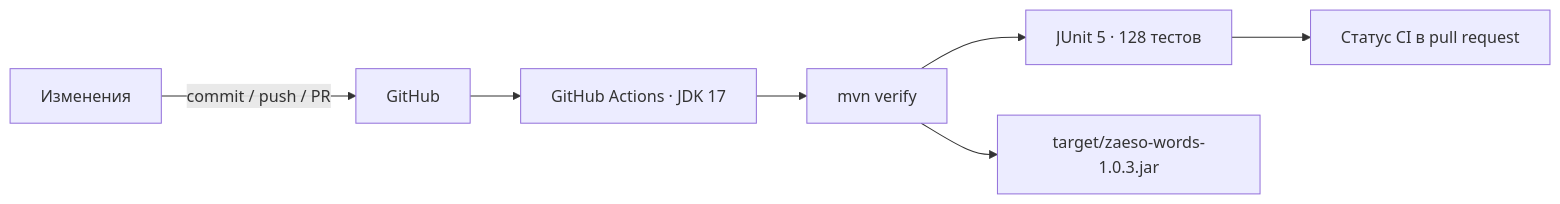
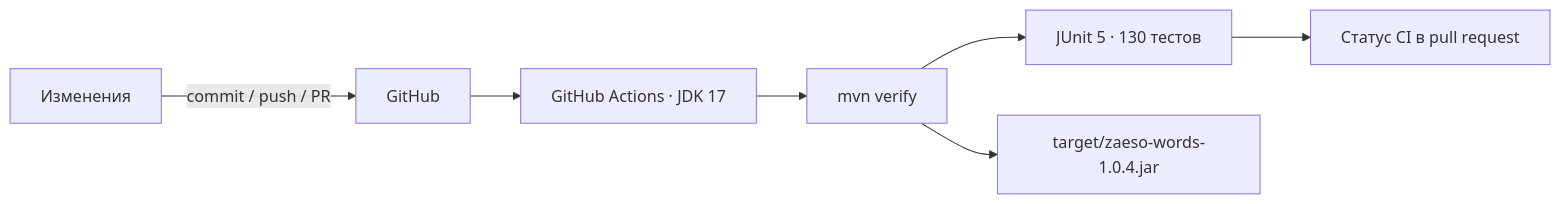
Before and after one commit to zaeso/zaeso-Words: the third of 4 diagrams in zaeso-Words-Roadmap.md, drawn with Mermaid. The commit also changed other lines of this file and 6 other files, not shown here.

````diff
--- a/zaeso-Words-Roadmap.md
+++ b/zaeso-Words-Roadmap.md
@@ -264,9 +271,9 @@
 ```mermaid
 flowchart LR
     DEV["Изменения"] -->|"commit / push / PR"| GH["GitHub"]
     GH --> CI["GitHub Actions · JDK 17"]
     CI --> MVN["mvn verify"]
-    MVN --> TESTS["JUnit 5 · 128 тестов"]
-    MVN --> JAR["target/zaeso-words-1.0.3.jar"]
+    MVN --> TESTS["JUnit 5 · 130 тестов"]
+    MVN --> JAR["target/zaeso-words-1.0.4.jar"]
     TESTS --> STATUS["Статус CI в pull request"]
 ```
````
